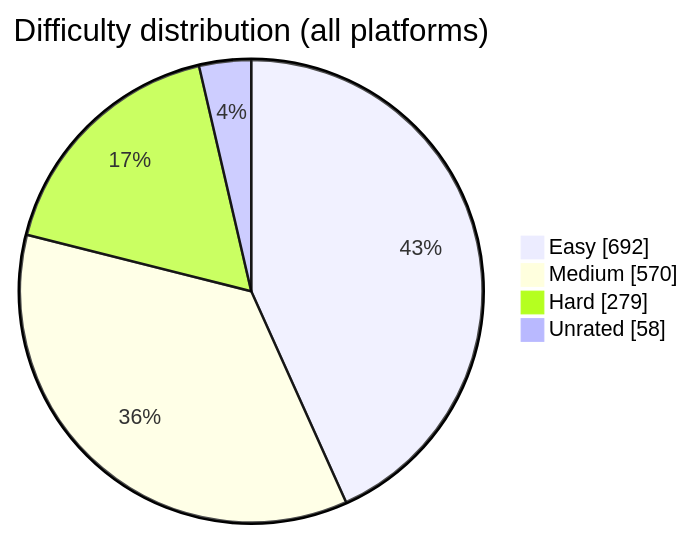
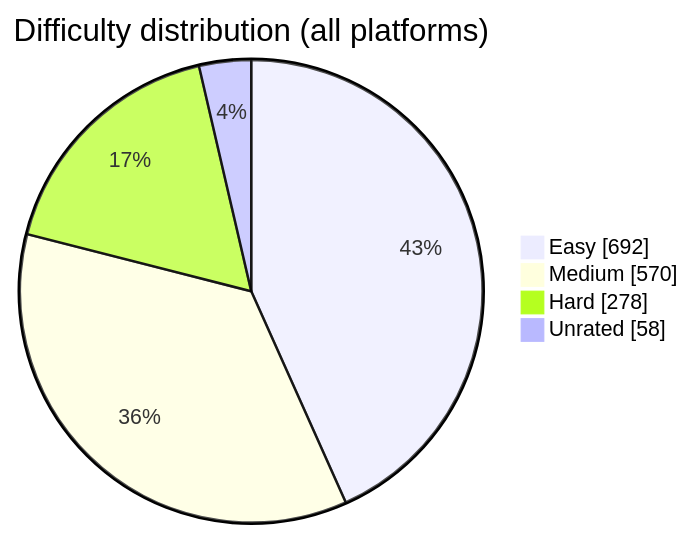
The diagram in README.md (BuildbyArindam/Daily-Coding-Log), drawn with Mermaid before and after one commit. The commit also changed other lines of this file, not shown here.

````diff
--- a/README.md
+++ b/README.md
@@ -93,7 +93,7 @@
 ```mermaid
 pie showData title Difficulty distribution (all platforms)
     "Easy" : 692
     "Medium" : 570
-    "Hard" : 279
+    "Hard" : 278
     "Unrated" : 58
 ```
````
